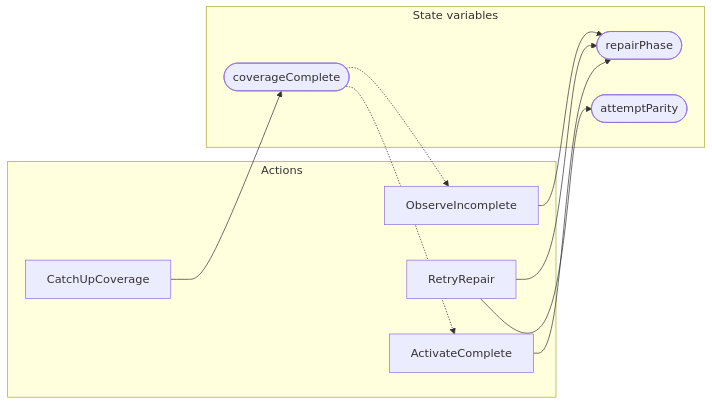
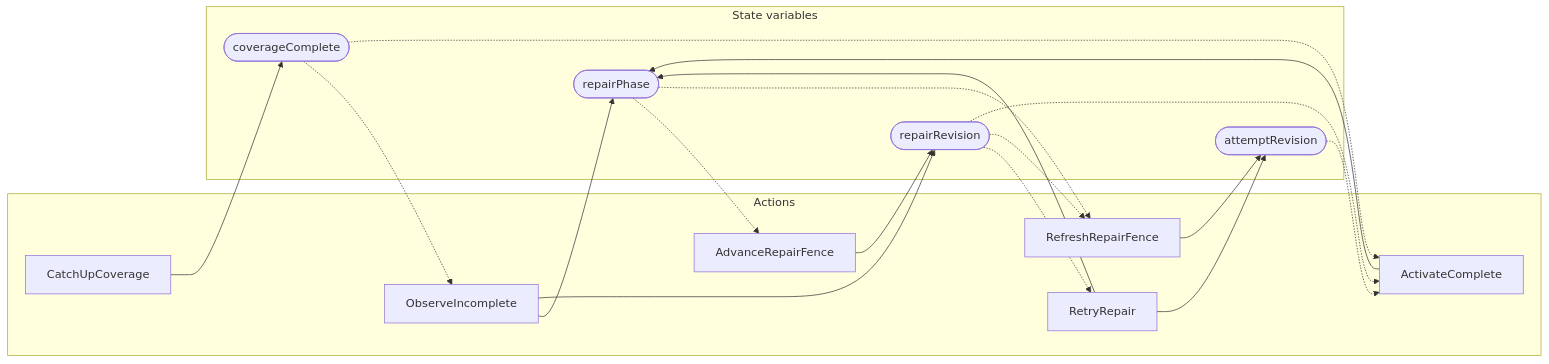
The second of 2 diagrams in zig/specs/tla/diagrams/storage/db/AntflyRepairCoverageRetry.md (dovinmu/antfly), drawn with Mermaid before and after one commit. The commit also changed other lines of this file and 27 other files, not shown here.

````diff
--- a/zig/specs/tla/diagrams/storage/db/AntflyRepairCoverageRetry.md
+++ b/zig/specs/tla/diagrams/storage/db/AntflyRepairCoverageRetry.md
@@ -44,21 +46,33 @@
 ```mermaid
 flowchart LR
     subgraph actions["Actions"]
         a0[ObserveIncomplete]
         a1[CatchUpCoverage]
         a2[RetryRepair]
-        a3[ActivateComplete]
+        a3[AdvanceRepairFence]
+        a4[RefreshRepairFence]
+        a5[ActivateComplete]
     end
     subgraph state["State variables"]
         v0([coverageComplete])
         v1([repairPhase])
-        v2([attemptParity])
+        v2([repairRevision])
+        v3([attemptRevision])
     end
     a0 --> v1
+    a0 --> v2
     v0 -.-> a0
     a1 --> v0
     a2 --> v1
-    a2 --> v2
-    a3 --> v1
-    v0 -.-> a3
+    a2 --> v3
+    v2 -.-> a2
+    a3 --> v2
+    v1 -.-> a3
+    a4 --> v3
+    v1 -.-> a4
+    v2 -.-> a4
+    a5 --> v1
+    v0 -.-> a5
+    v2 -.-> a5
+    v3 -.-> a5
 ```
````
